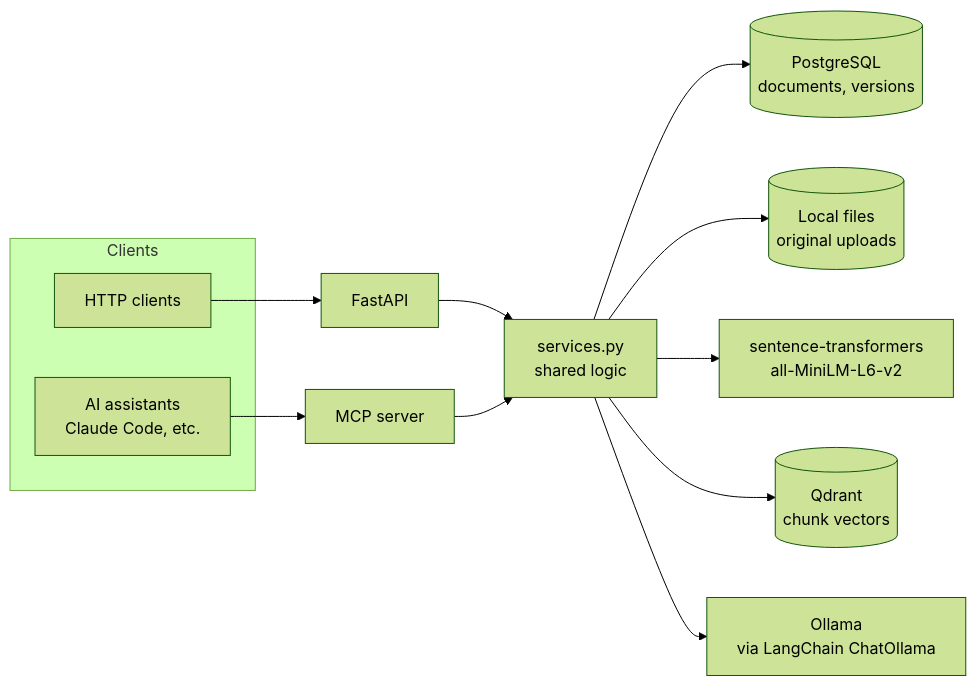
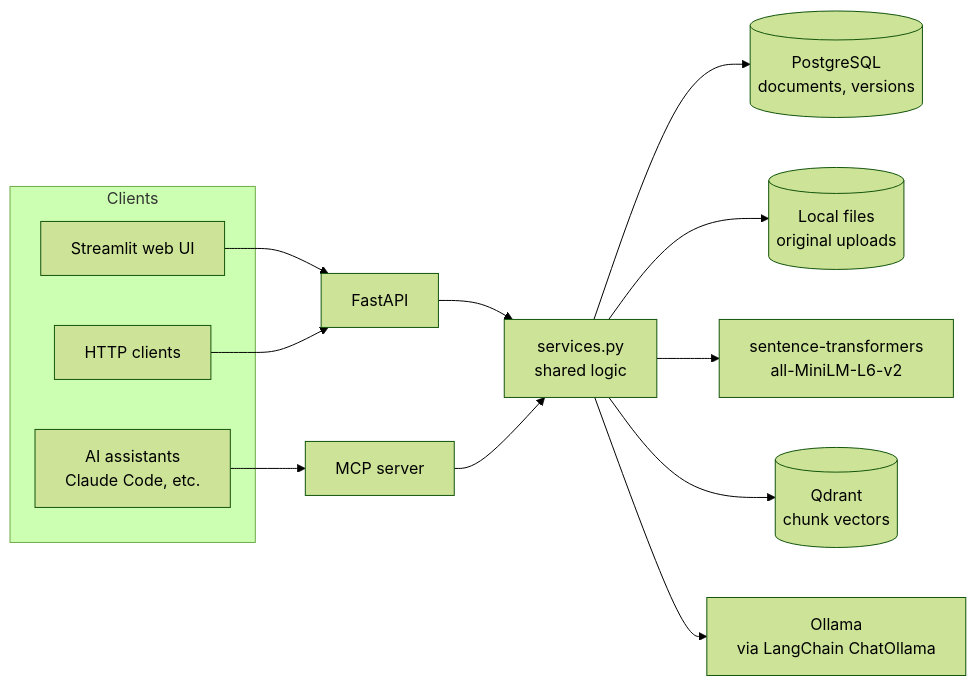
One commit to ShivRaiGithub/DocAI changed the diagram in README.md. Above: the diagram before and after it, drawn with Mermaid (forest theme). The commit also changed other lines of this file and 14 other files, not shown here.

````diff
--- a/README.md
+++ b/README.md
@@ -20,16 +21,18 @@
 ```mermaid
 flowchart LR
     subgraph Clients
+        W[Streamlit web UI]
         U[HTTP clients]
         A[AI assistants<br/>Claude Code, etc.]
     end
-    U --> API[FastAPI]
+    W --> API[FastAPI]
+    U --> API
     A --> MCP[MCP server]
     API --> S[services.py<br/>shared logic]
     MCP --> S
     S --> PG[(PostgreSQL<br/>documents, versions)]
     S --> FS[(Local files<br/>original uploads)]
     S --> EMB[sentence-transformers<br/>all-MiniLM-L6-v2]
     S --> Q[(Qdrant<br/>chunk vectors)]
     S --> LLM[Ollama<br/>via LangChain ChatOllama]
 ```
````
